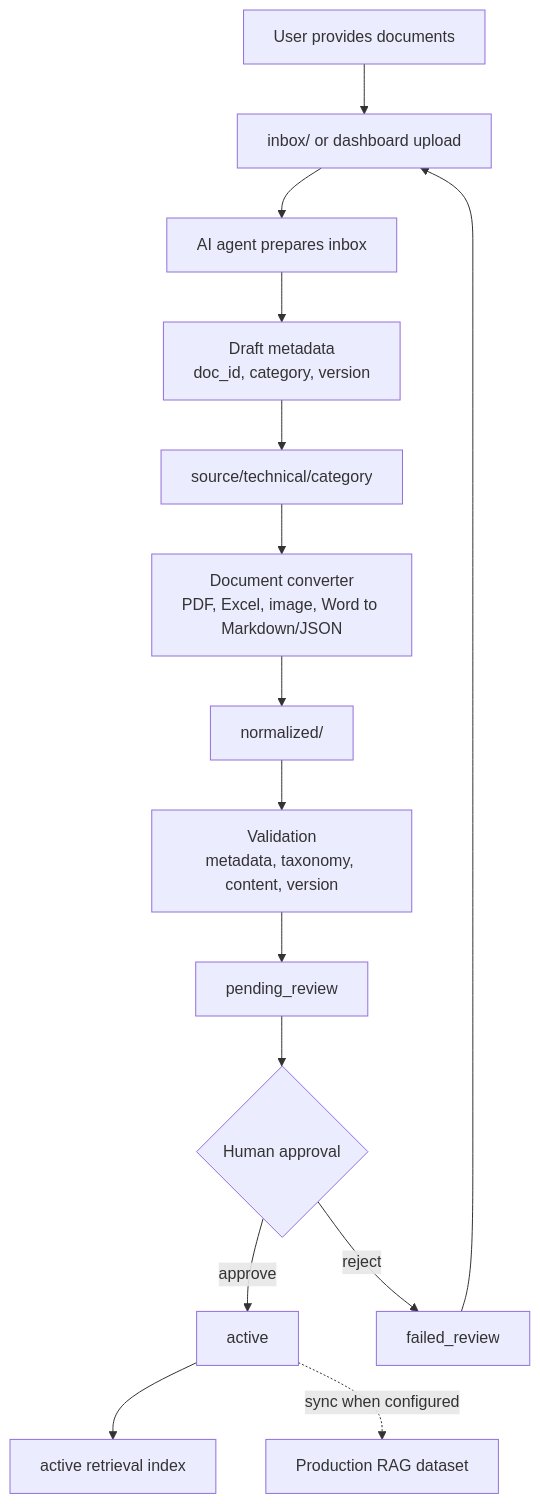
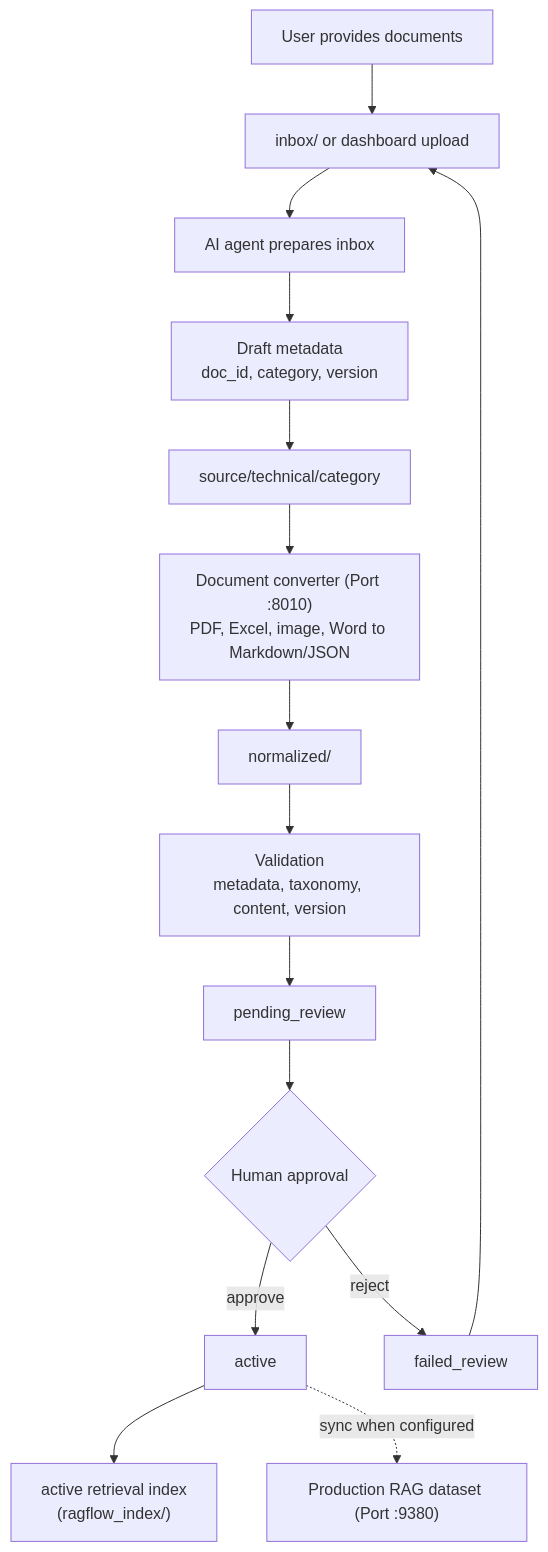
The third of 5 diagrams in docs/demo-end-to-end-architecture.md (DinhLucent/chatboxRAG-enterprise), drawn with Mermaid before and after one commit. The commit also changed other lines of this file and 35 other files, not shown here.

Commit message:
checkpoint: Align local index, ports, Favicon & RAG Maintenance UI

````diff
--- a/docs/demo-end-to-end-architecture.md
+++ b/docs/demo-end-to-end-architecture.md
@@ -70,17 +70,17 @@
 ```mermaid
 flowchart TD
     A["User provides documents"] --> B["inbox/ or dashboard upload"]
     B --> C["AI agent prepares inbox"]
     C --> D["Draft metadata<br/>doc_id, category, version"]
     D --> E["source/technical/category"]
-    E --> F["Document converter<br/>PDF, Excel, image, Word to Markdown/JSON"]
+    E --> F["Document converter (Port :8010)<br/>PDF, Excel, image, Word to Markdown/JSON"]
     F --> G["normalized/"]
     G --> H["Validation<br/>metadata, taxonomy, content, version"]
     H --> I["pending_review"]
     I --> J{"Human approval"}
     J -->|approve| K["active"]
     J -->|reject| L["failed_review"]
-    K --> M["active retrieval index"]
-    K -. "sync when configured" .-> N["Production RAG dataset"]
+    K --> M["active retrieval index<br/>(ragflow_index/)"]
+    K -. "sync when configured" .-> N["Production RAG dataset (Port :9380)"]
     L --> B
 ```
````
